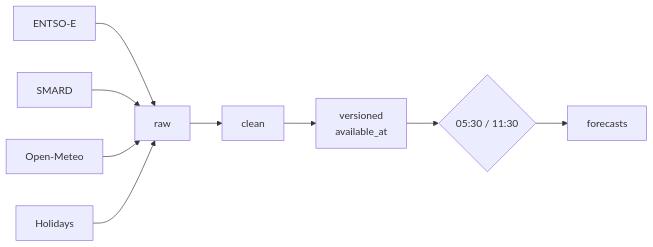
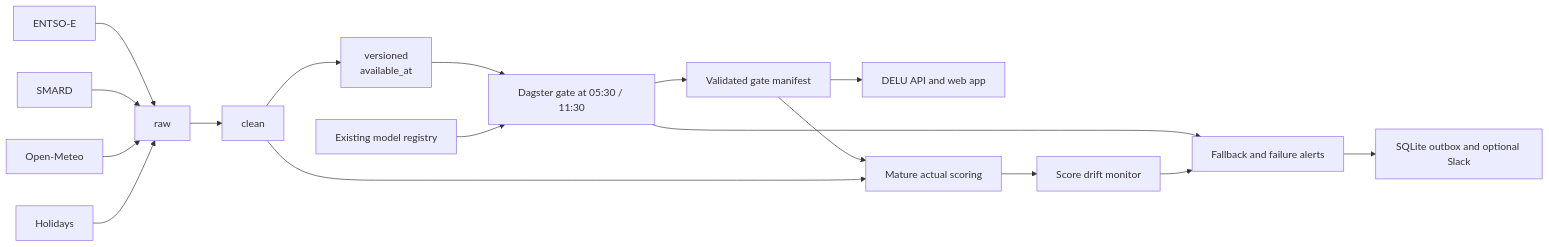
Before and after one commit to bhanuprasanna2001/delukit: the diagram in README.md, drawn with Mermaid. The commit also changed other lines of this file and 3 other files, not shown here.

````diff
--- a/README.md
+++ b/README.md
@@ -72,11 +66,19 @@
 ```mermaid
 flowchart LR
     E[ENTSO-E] --> R[raw]
     S[SMARD] --> R
     W[Open-Meteo] --> R
     H[Holidays] --> R
     R --> C[clean]
     C --> V[versioned\navailable_at]
-    V --> G{05:30 / 11:30}
-    G --> F[forecasts]
+    V --> G[Dagster gate at 05:30 / 11:30]
+    M[Existing model registry] --> G
+    G --> P[Validated gate manifest]
+    P --> A[DELU API and web app]
+    P --> Q[Mature actual scoring]
+    C --> Q
+    Q --> D[Score drift monitor]
+    G --> L[Fallback and failure alerts]
+    D --> L
+    L --> K[SQLite outbox and optional Slack]
 ```
````
